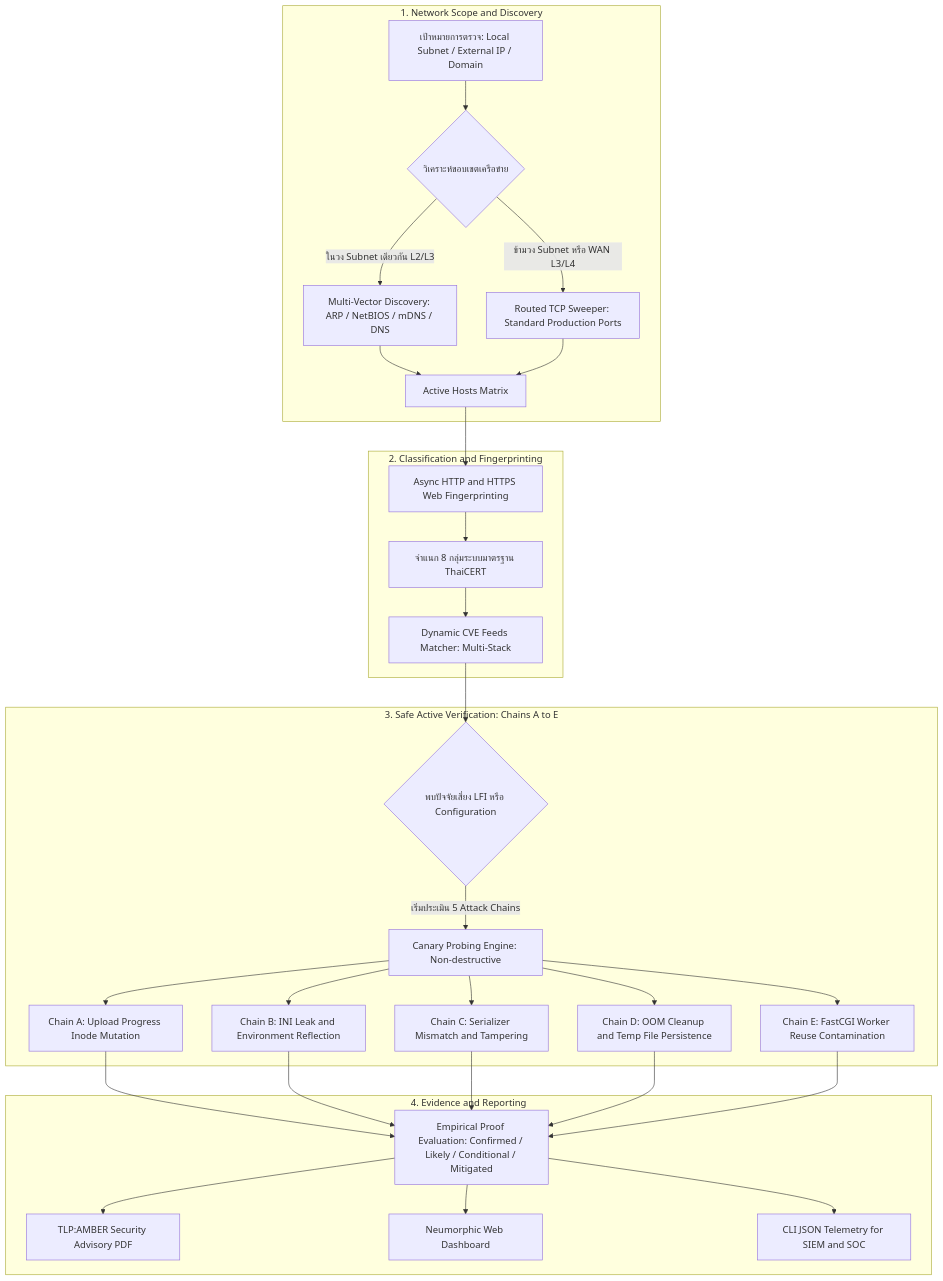
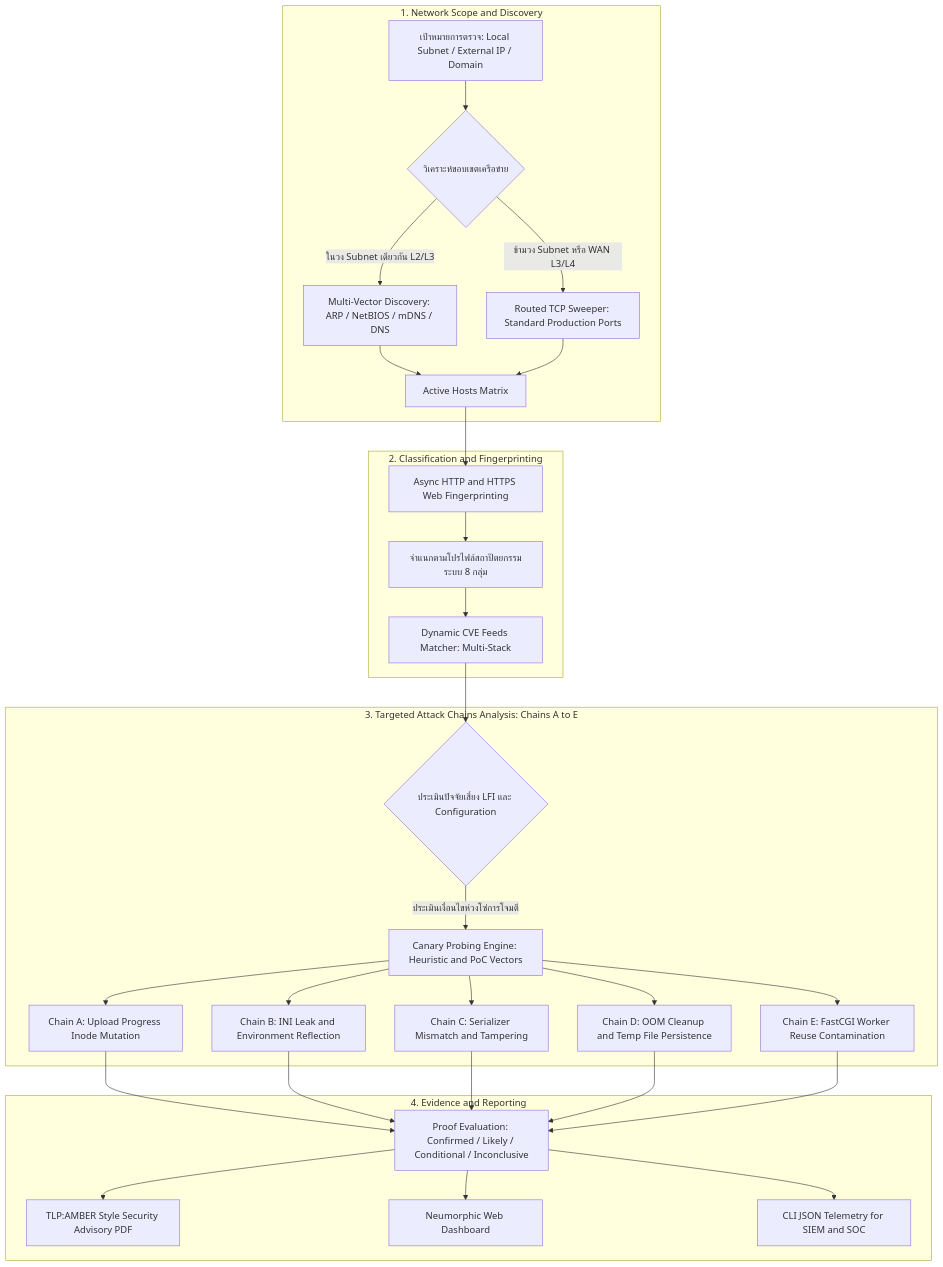
The diagram in README.md (Phattarapong26/PHP-NodeJS2Shell), drawn with Mermaid before and after one commit. The commit also changed other lines of this file and 3 other files, not shown here.

````diff
--- a/README.md
+++ b/README.md
@@ -23,56 +22,56 @@
 ```mermaid
 flowchart TD
     subgraph S1 [1. Network Scope and Discovery]
         A["เป้าหมายการตรวจ: Local Subnet / External IP / Domain"]
         B{"วิเคราะห์ขอบเขตเครือข่าย"}
         C["Multi-Vector Discovery: ARP / NetBIOS / mDNS / DNS"]
         D["Routed TCP Sweeper: Standard Production Ports"]
         E["Active Hosts Matrix"]
         A --> B
         B -->|ในวง Subnet เดียวกัน L2/L3| C
         B -->|ข้ามวง Subnet หรือ WAN L3/L4| D
         C --> E
         D --> E
     end
 
     subgraph S2 [2. Classification and Fingerprinting]
         F["Async HTTP and HTTPS Web Fingerprinting"]
-        G["จำแนก 8 กลุ่มระบบมาตรฐาน ThaiCERT"]
+        G["จำแนกตามโปรไฟล์สถาปัตยกรรมระบบ 8 กลุ่ม"]
         H["Dynamic CVE Feeds Matcher: Multi-Stack"]
         E --> F
         F --> G
         G --> H
     end
 
-    subgraph S3 [3. Safe Active Verification: Chains A to E]
-        I{"พบปัจจัยเสี่ยง LFI หรือ Configuration"}
-        J["Canary Probing Engine: Non-destructive"]
+    subgraph S3 [3. Targeted Attack Chains Analysis: Chains A to E]
+        I{"ประเมินปัจจัยเสี่ยง LFI และ Configuration"}
+        J["Canary Probing Engine: Heuristic and PoC Vectors"]
         K1["Chain A: Upload Progress Inode Mutation"]
         K2["Chain B: INI Leak and Environment Reflection"]
         K3["Chain C: Serializer Mismatch and Tampering"]
         K4["Chain D: OOM Cleanup and Temp File Persistence"]
         K5["Chain E: FastCGI Worker Reuse Contamination"]
         H --> I
-        I -->|เริ่มประเมิน 5 Attack Chains| J
+        I -->|ประเมินเงื่อนไขห่วงโซ่การโจมตี| J
         J --> K1
         J --> K2
         J --> K3
         J --> K4
         J --> K5
     end
 
     subgraph S4 [4. Evidence and Reporting]
-        L["Empirical Proof Evaluation: Confirmed / Likely / Conditional / Mitigated"]
-        M["TLP:AMBER Security Advisory PDF"]
+        L["Proof Evaluation: Confirmed / Likely / Conditional / Inconclusive"]
+        M["TLP:AMBER Style Security Advisory PDF"]
         N["Neumorphic Web Dashboard"]
         O["CLI JSON Telemetry for SIEM and SOC"]
         K1 --> L
         K2 --> L
         K3 --> L
         K4 --> L
         K5 --> L
         L --> M
         L --> N
         L --> O
     end
 ```
````
